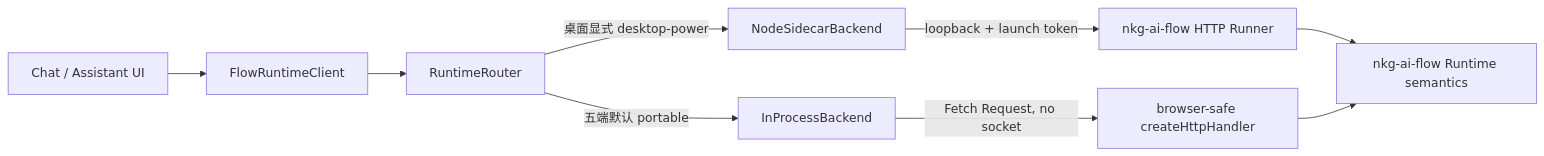
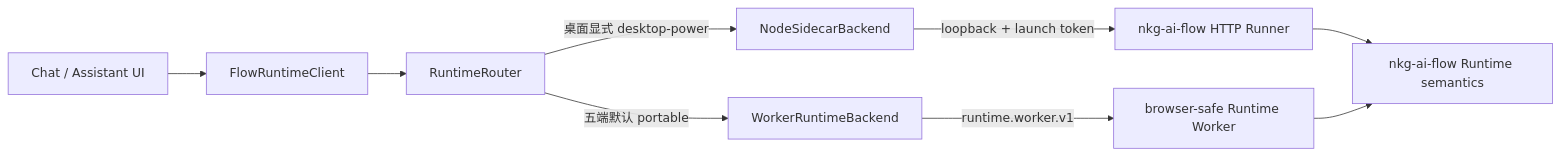
The diagram in docs/architecture/runtime-routing.md (wqaetly/nkg-ai-bot), drawn with Mermaid before and after one commit. The commit also changed other lines of this file and 3 other files, not shown here.

````diff
--- a/docs/architecture/runtime-routing.md
+++ b/docs/architecture/runtime-routing.md
@@ -21,11 +21,11 @@
 ```mermaid
 flowchart LR
   UI["Chat / Assistant UI"] --> Client["FlowRuntimeClient"]
   Client --> Router["RuntimeRouter"]
-  Router -->|"五端默认 portable"| Mobile["InProcessBackend"]
+  Router -->|"五端默认 portable"| Mobile["WorkerRuntimeBackend"]
   Router -->|"桌面显式 desktop-power"| Desktop["NodeSidecarBackend"]
   Desktop -->|"loopback + launch token"| Sidecar["nkg-ai-flow HTTP Runner"]
-  Mobile -->|"Fetch Request, no socket"| Handler["browser-safe createHttpHandler"]
+  Mobile -->|"runtime.worker.v1"| Handler["browser-safe Runtime Worker"]
   Sidecar --> Runtime["nkg-ai-flow Runtime semantics"]
   Handler --> Runtime
 ```
````
